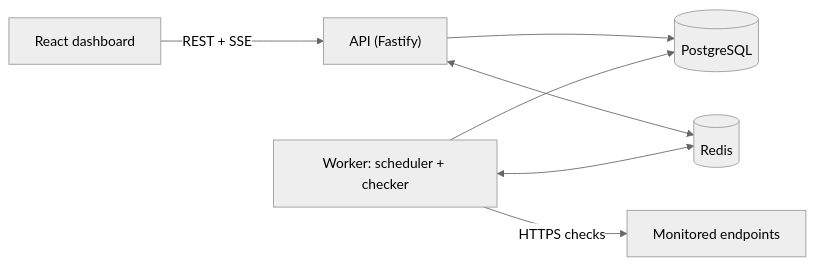
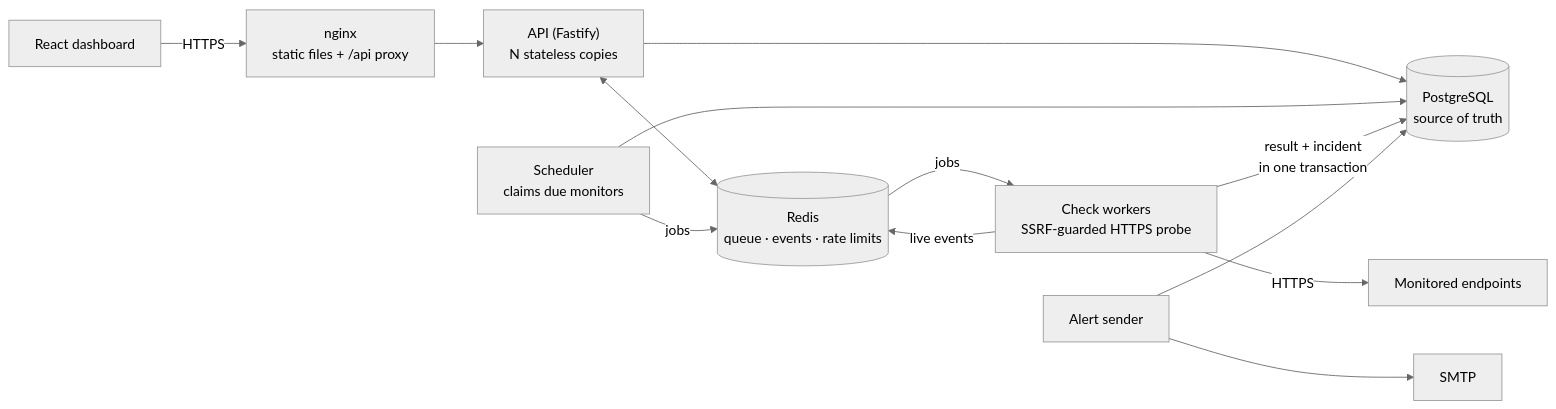
The diagram in README.md (EmmanuelAwode/pulsewatch), drawn with Mermaid (neutral theme) before and after one commit. The commit also changed other lines of this file and 10 other files, not shown here.

````diff
--- a/README.md
+++ b/README.md
@@ -36,9 +49,15 @@
 ```mermaid
 flowchart LR
-    Browser["React dashboard"] -- REST + SSE --> API["API (Fastify)"]
-    API --> PG[("PostgreSQL")]
-    API <--> Redis[("Redis")]
-    Worker["Worker: scheduler + checker"] --> PG
-    Worker <--> Redis
-    Worker -- HTTPS checks --> Targets["Monitored endpoints"]
+    Browser["React dashboard"] -- "HTTPS" --> Nginx["nginx<br/>static files + /api proxy"]
+    Nginx --> API["API (Fastify)<br/>N stateless copies"]
+    API --> PG[("PostgreSQL<br/>source of truth")]
+    API <--> Redis[("Redis<br/>queue · events · rate limits")]
+    Scheduler["Scheduler<br/>claims due monitors"] --> PG
+    Scheduler -- "jobs" --> Redis
+    Redis -- "jobs" --> Checker["Check workers<br/>SSRF-guarded HTTPS probe"]
+    Checker -- "result + incident<br/>in one transaction" --> PG
+    Checker -- "live events" --> Redis
+    Checker -- "HTTPS" --> Targets["Monitored endpoints"]
+    Sender["Alert sender"] --> PG
+    Sender --> SMTP["SMTP"]
 ```
````
